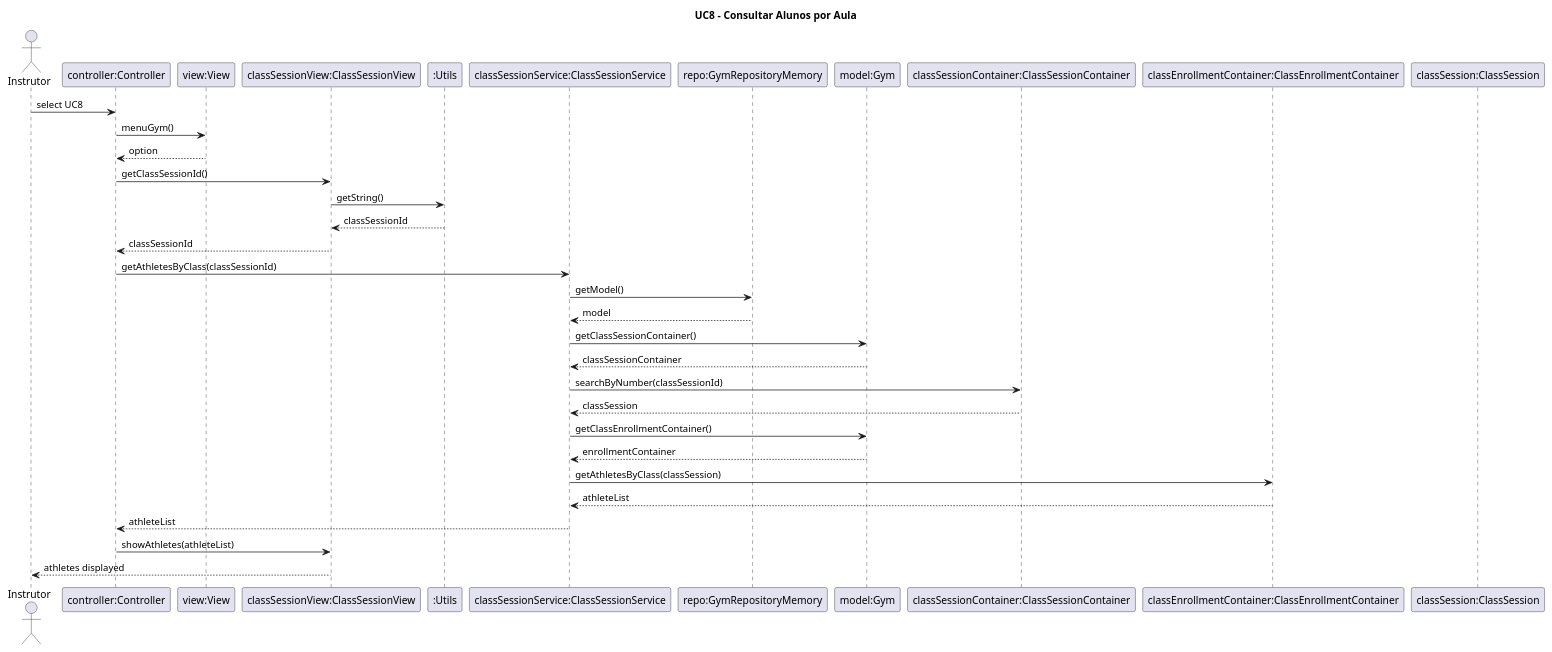
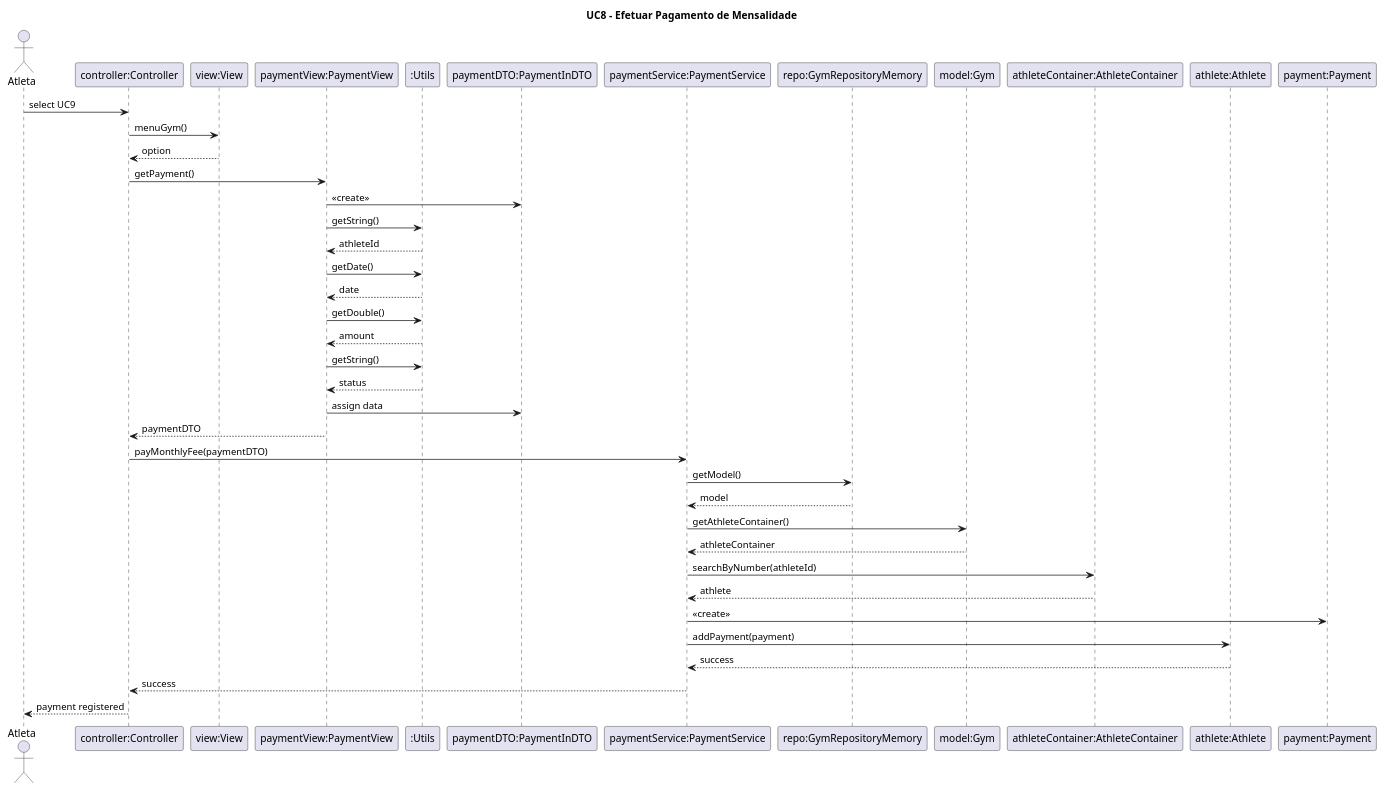
Before and after one commit to goncaloribeiro1234/fsoft2026_1DD_4: the diagram in Documentation/Iteration 2/Design/Sequence Diagrams/sequence_diagram_Uc8.puml, drawn with PlantUML. The commit also changed 17 other files, not shown here.

Commit message:
Documentaçaõ IT2 com diagramas

```diff
--- a/Documentation/Iteration 2/Design/Sequence Diagrams/sequence_diagram_Uc8.puml
+++ b/Documentation/Iteration 2/Design/Sequence Diagrams/sequence_diagram_Uc8.puml
@@ -1,52 +1,64 @@
 @startuml
-title UC8 - Consultar Alunos por Aula
+title UC8 - Efetuar Pagamento de Mensalidade
 
-actor "Instrutor" as InstructorActor
+actor "Atleta" as AthleteActor
 
 participant "controller:Controller" as Controller
 participant "view:View" as View
-participant "classSessionView:ClassSessionView" as ClassSessionView
+participant "paymentView:PaymentView" as PaymentView
 participant ":Utils" as Utils
-participant "classSessionService:ClassSessionService" as ClassSessionService
+participant "paymentDTO:PaymentInDTO" as PaymentDTO
+participant "paymentService:PaymentService" as PaymentService
 participant "repo:GymRepositoryMemory" as Repo
 participant "model:Gym" as Gym
-participant "classSessionContainer:ClassSessionContainer" as ClassSessionContainer
-participant "classEnrollmentContainer:ClassEnrollmentContainer" as EnrollmentContainer
-participant "classSession:ClassSession" as ClassSession
+participant "athleteContainer:AthleteContainer" as AthleteContainer
+participant "athlete:Athlete" as Athlete
+participant "payment:Payment" as Payment
 
-InstructorActor -> Controller : select UC8
+AthleteActor -> Controller : select UC9
 
 Controller -> View : menuGym()
 View --> Controller : option
 
-Controller -> ClassSessionView : getClassSessionId()
+Controller -> PaymentView : getPayment()
 
-ClassSessionView -> Utils : getString()
-Utils --> ClassSessionView : classSessionId
+PaymentView -> PaymentDTO : <<create>>
 
-ClassSessionView --> Controller : classSessionId
+PaymentView -> Utils : getString()
+Utils --> PaymentView : athleteId
 
-Controller -> ClassSessionService : getAthletesByClass(classSessionId)
+PaymentView -> Utils : getDate()
+Utils --> PaymentView : date
 
-ClassSessionService -> Repo : getModel()
-Repo --> ClassSessionService : model
+PaymentView -> Utils : getDouble()
+Utils --> PaymentView : amount
 
-ClassSessionService -> Gym : getClassSessionContainer()
-Gym --> ClassSessionService : classSessionContainer
+PaymentView -> Utils : getString()
+Utils --> PaymentView : status
 
-ClassSessionService -> ClassSessionContainer : searchByNumber(classSessionId)
-ClassSessionContainer --> ClassSessionService : classSession
+PaymentView -> PaymentDTO : assign data
 
-ClassSessionService -> Gym : getClassEnrollmentContainer()
-Gym --> ClassSessionService : enrollmentContainer
+PaymentView --> Controller : paymentDTO
 
-ClassSessionService -> EnrollmentContainer : getAthletesByClass(classSession)
-EnrollmentContainer --> ClassSessionService : athleteList
+Controller -> PaymentService : payMonthlyFee(paymentDTO)
 
-ClassSessionService --> Controller : athleteList
+PaymentService -> Repo : getModel()
+Repo --> PaymentService : model
 
-Controller -> ClassSessionView : showAthletes(athleteList)
+PaymentService -> Gym : getAthleteContainer()
+Gym --> PaymentService : athleteContainer
 
-ClassSessionView --> InstructorActor : athletes displayed
+PaymentService -> AthleteContainer : searchByNumber(athleteId)
+AthleteContainer --> PaymentService : athlete
+
+PaymentService -> Payment : <<create>>
+
+PaymentService -> Athlete : addPayment(payment)
+
+Athlete --> PaymentService : success
+
+PaymentService --> Controller : success
+
+Controller --> AthleteActor : payment registered
 
 @enduml
```
